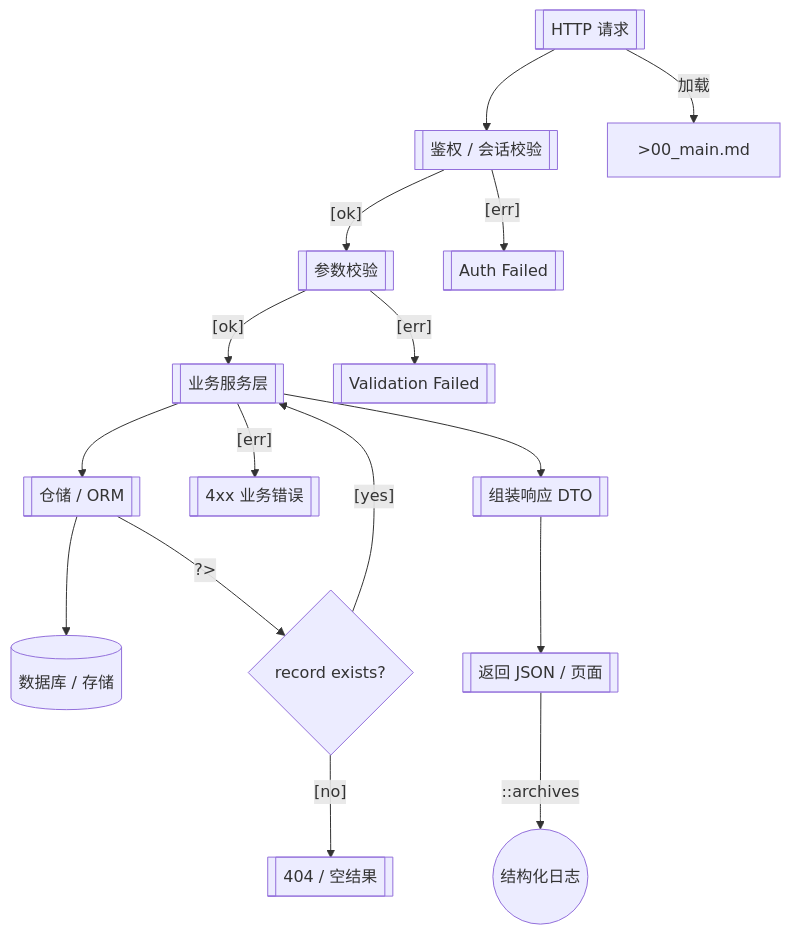
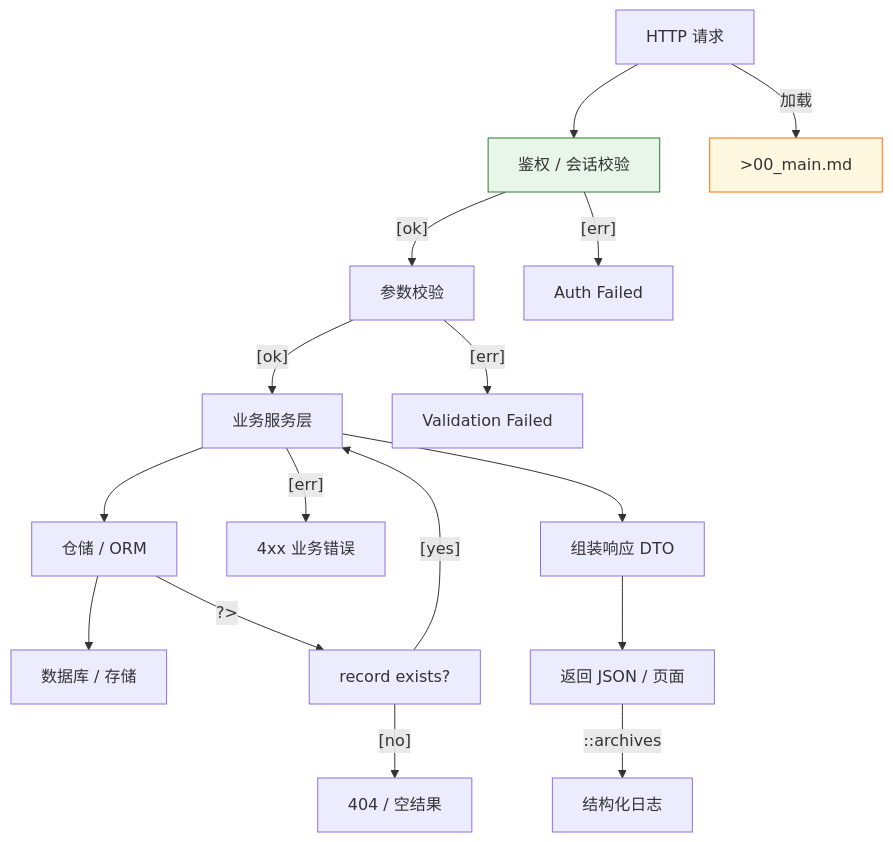
One commit to Cyning12/dsh-coding-kit changed the diagram in assets/graph/templates/10_flow_MAIN.md. Above: the diagram before and after it, drawn with Mermaid. The commit also changed other lines of this file and 5 other files, not shown here.

First line of the commit message:
fix(graph): emit Mermaid edges/comments compatible with official syntax

````diff
--- a/assets/graph/templates/10_flow_MAIN.md
+++ b/assets/graph/templates/10_flow_MAIN.md
@@ -16,34 +14,48 @@
 ```mermaid
 flowchart TD
-    IN[[HTTP 请求]]
-    AUTH[[鉴权 / 会话校验]]
-    VAL[[参数校验]]
-    SVC[[业务服务层]]
-    ERR_AUTH[[Auth Failed]]
-    ERR_VAL[[Validation Failed]]
-    REPO[[仓储 / ORM]]
-    DB[(数据库 / 存储)]
-    HIT{record exists?}
-    NOTFOUND[[404 / 空结果]]
-    BIZERR[[4xx 业务错误]]
-    RESP[[组装响应 DTO]]
-    OUT[[返回 JSON / 页面]]
-    LOG(( 结构化日志 ))
-    MAIN_DOC[>00_main.md]
+    IN["HTTP 请求"]
+    AUTH["鉴权 / 会话校验"]
+    VAL["参数校验"]
+    SVC["业务服务层"]
+    ERR_AUTH["Auth Failed"]
+    ERR_VAL["Validation Failed"]
+    REPO["仓储 / ORM"]
+    DB["数据库 / 存储"]
+    HIT["record exists?"]
+    NOTFOUND["404 / 空结果"]
+    BIZERR["4xx 业务错误"]
+    RESP["组装响应 DTO"]
+    OUT["返回 JSON / 页面"]
+    LOG["结构化日志"]
+    MAIN_DOC[">00_main.md"]
+
     IN --> AUTH
-    AUTH --"[ok]"--> VAL
-    AUTH --"[err]"--> ERR_AUTH
-    VAL --"[ok]"--> SVC
-    VAL --"[err]"--> ERR_VAL
+    %% → middleware/auth.py::require_user
+    AUTH -->|"[ok]"| VAL
+    AUTH -->|"[err]"| ERR_AUTH
+    %% → middleware/auth.py#L42
+    VAL -->|"[ok]"| SVC
+    %% → services/resource_service.py::handle
+    VAL -->|"[err]"| ERR_VAL
     SVC --> REPO
+    %% → repositories/resource_repo.py::find_by_id
     REPO --> DB
-    REPO --"?>"--> HIT
-    HIT --"[no]"--> NOTFOUND
-    HIT --"[yes]"--> SVC
-    SVC --"[err]"--> BIZERR
+    %% → db/session.py
+    REPO -->|"?>"| HIT
+    HIT -->|"[no]"| NOTFOUND
+    HIT -->|"[yes]"| SVC
+    SVC -->|"[err]"| BIZERR
+    %% → services/resource_service.py
     SVC --> RESP
     RESP --> OUT
-    OUT --"::archives"--> LOG
-    IN --"加载"--> MAIN_DOC
-    %% 锚点：见 YAML 源 edges[].anchors
+    %% → handlers/resource.py::to_response
+    OUT -->|"::archives"| LOG
+    %% → observability/logger.py
+    IN -->|"加载"| MAIN_DOC
+
+    classDef phase fill:#e1f5fe,stroke:#01579b,stroke-width:2px
+    classDef doc fill:#fff8e1,stroke:#ff6f00,stroke-width:1px
+    classDef infra fill:#e8f5e9,stroke:#2e7d32,stroke-width:1px
+    class MAIN_DOC doc
+    class AUTH infra
 ```
````
